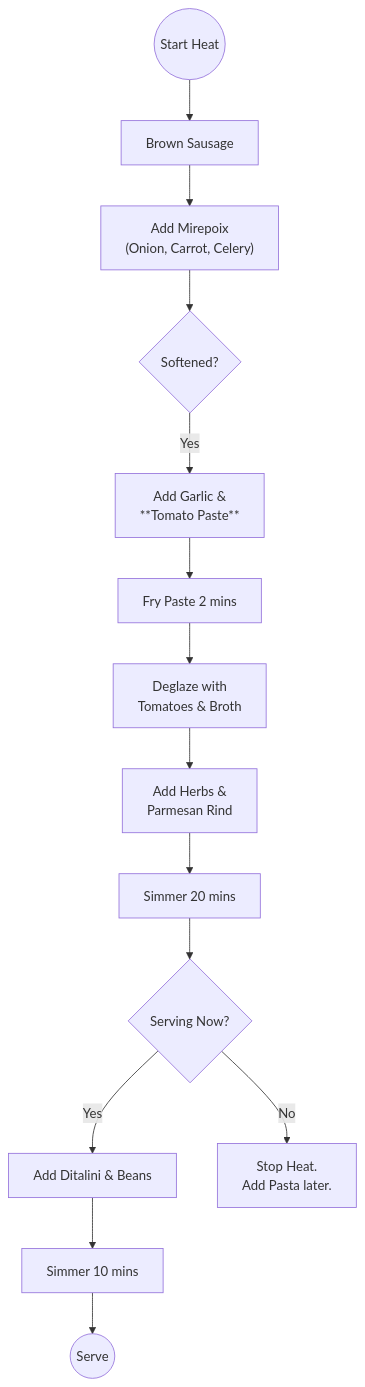
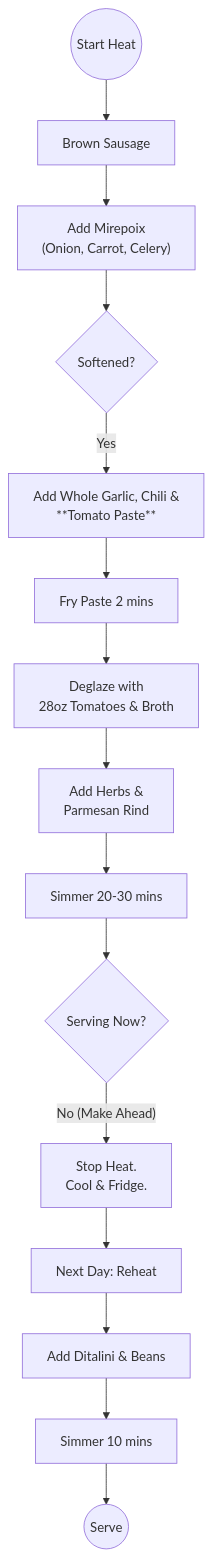
Before and after one commit to mschulkind/kitchen: the diagram in phase0_flow/plans/2025-12-01_heart-healthy/05-alternatives.md, drawn with Mermaid. The commit also changed other lines of this file and 1 other file, not shown here.

````diff
--- a/phase0_flow/plans/2025-12-01_heart-healthy/05-alternatives.md
+++ b/phase0_flow/plans/2025-12-01_heart-healthy/05-alternatives.md
@@ -65,16 +30,17 @@
 ```mermaid
 graph TD
     Start((Start Heat)) --> A[Brown Sausage];
     A --> B["Add Mirepoix<br/>(Onion, Carrot, Celery)"];
     B --> C{Softened?};
-    C -- Yes --> D["Add Garlic & <br/>**Tomato Paste**"];
+    C -- Yes --> D["Add Whole Garlic, Chili & <br/>**Tomato Paste**"];
     D --> E[Fry Paste 2 mins];
-    E --> F["Deglaze with<br/>Tomatoes & Broth"];
+    E --> F["Deglaze with<br/>28oz Tomatoes & Broth"];
     F --> G["Add Herbs & <br/>Parmesan Rind"];
-    G --> H[Simmer 20 mins];
+    G --> H[Simmer 20-30 mins];
     H --> I{Serving Now?};
-    I -- Yes --> J["Add Ditalini & Beans"];
-    I -- No --> K["Stop Heat.<br/>Add Pasta later."];
-    J --> L[Simmer 10 mins];
-    L --> M((Serve));
+    I -- No (Make Ahead) --> K[Stop Heat.<br/>Cool & Fridge.];
+    K --> L[Next Day: Reheat];
+    L --> M["Add Ditalini & Beans"];
+    M --> N[Simmer 10 mins];
+    N --> O((Serve));
 ```
````
